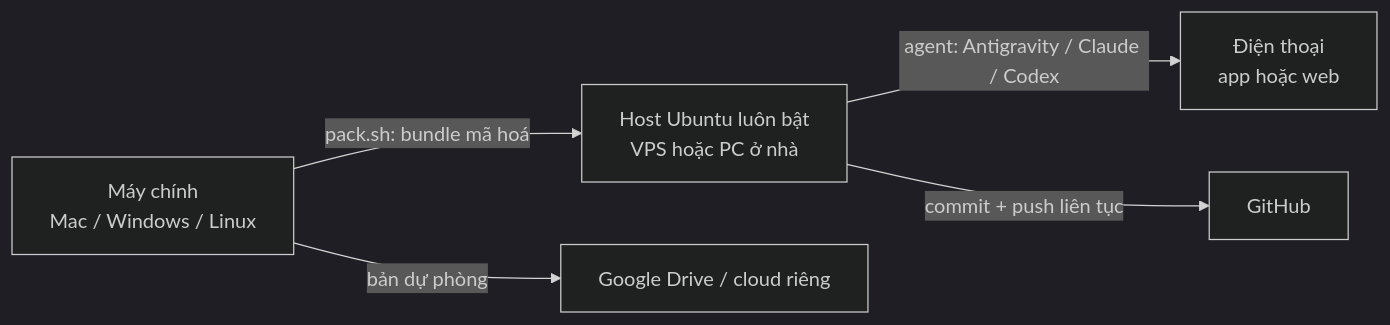
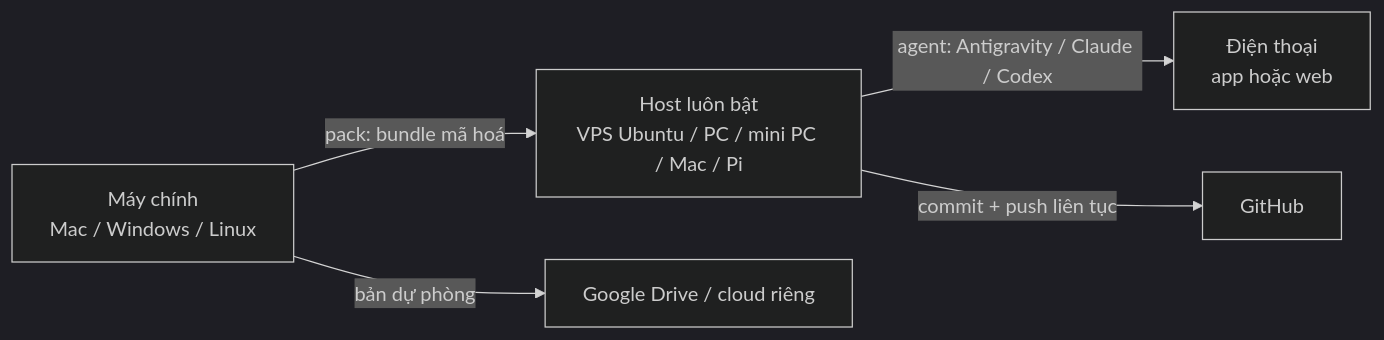
One commit to tsennguyen/vibecode-anywhere changed the diagram in README.md. Above: the diagram before and after it, drawn with Mermaid (dark theme). The commit also changed other lines of this file and 24 other files, not shown here.

Commit message:
feat: v2.0.0 — hosts on Linux, macOS and Windows (workstation, mini PC, laptop, Mac mini, Pi); VPS stays Ubuntu

````diff
--- a/README.md
+++ b/README.md
@@ -9,7 +9,7 @@
 ```mermaid
 flowchart LR
-  A["Máy chính<br/>Mac / Windows / Linux"] -- "pack.sh: bundle mã hoá" --> B["Host Ubuntu luôn bật<br/>VPS hoặc PC ở nhà"]
+  A["Máy chính<br/>Mac / Windows / Linux"] -- "pack: bundle mã hoá" --> B["Host luôn bật<br/>VPS Ubuntu / PC / mini PC / Mac / Pi"]
   A -- "bản dự phòng" --> D["Google Drive / cloud riêng"]
   B -- "agent: Antigravity / Claude / Codex" --> C["Điện thoại<br/>app hoặc web"]
   B -- "commit + push liên tục" --> G["GitHub"]
 ```
````
